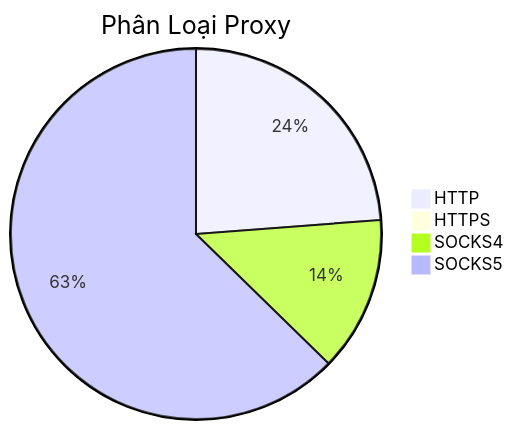
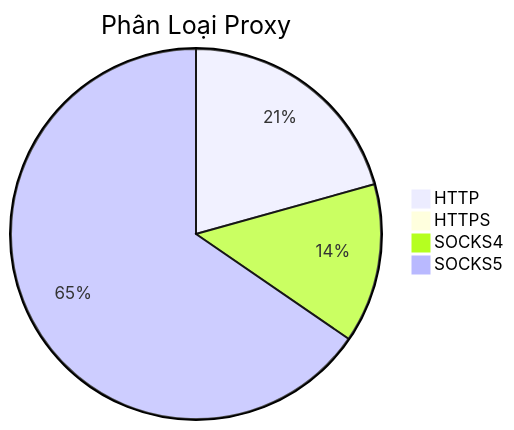
One commit to Ciara-12/PROXY-free changed the diagram in README.md. Above: the diagram before and after it, drawn with Mermaid. The commit also changed other lines of this file and 4 other files, not shown here.

````diff
--- a/README.md
+++ b/README.md
@@ -26,7 +26,7 @@
 ```mermaid
 pie title Phân Loại Proxy
-    "HTTP" : 526
+    "HTTP" : 447
     "HTTPS" : 2
-    "SOCKS4" : 299
-    "SOCKS5" : 1386
+    "SOCKS4" : 301
+    "SOCKS5" : 1415
 ```
````
